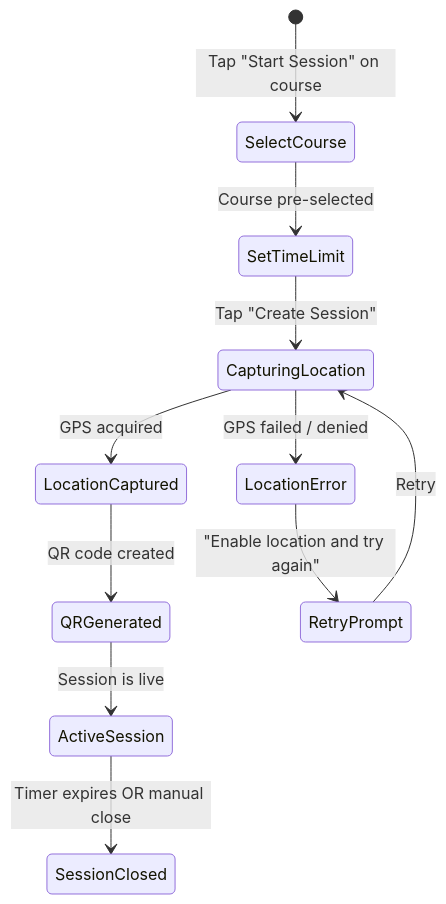
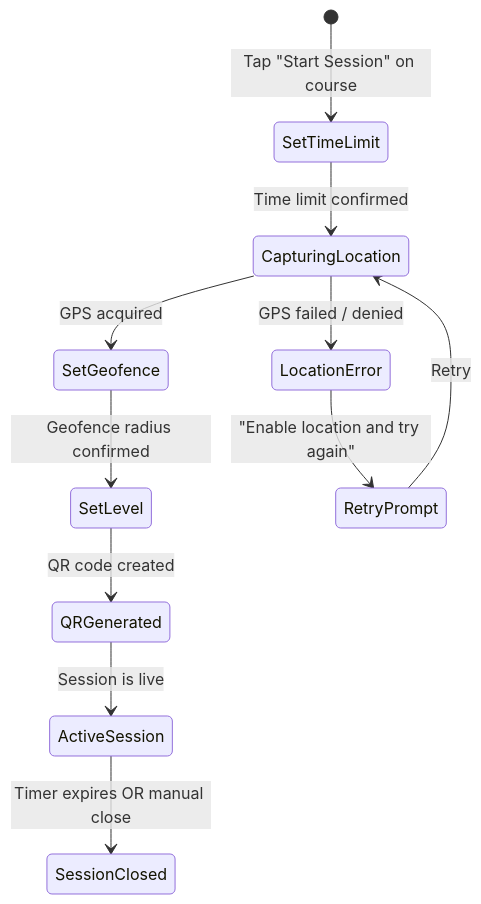
One commit to abdulbasit-io/Attendly changed the second of 3 diagrams in docs/product_specification.md. Above: the diagram before and after it, drawn with Mermaid. The commit also changed other lines of this file and 5 other files, not shown here.

Commit message:
docs: update product specification with new enrollment, attendance flow, and session creation wizard details

````diff
--- a/docs/product_specification.md
+++ b/docs/product_specification.md
@@ -110,13 +113,13 @@
 ```mermaid
 stateDiagram-v2
-    [*] --> SelectCourse: Tap "Start Session" on course
-    SelectCourse --> SetTimeLimit: Course pre-selected
-    SetTimeLimit --> CapturingLocation: Tap "Create Session"
-    CapturingLocation --> LocationCaptured: GPS acquired
+    [*] --> SetTimeLimit: Tap "Start Session" on course
+    SetTimeLimit --> CapturingLocation: Time limit confirmed
+    CapturingLocation --> SetGeofence: GPS acquired
     CapturingLocation --> LocationError: GPS failed / denied
-    LocationCaptured --> QRGenerated: QR code created
+    SetGeofence --> SetLevel: Geofence radius confirmed
+    SetLevel --> QRGenerated: QR code created
     QRGenerated --> ActiveSession: Session is live
     LocationError --> RetryPrompt: "Enable location and try again"
     RetryPrompt --> CapturingLocation: Retry
     ActiveSession --> SessionClosed: Timer expires OR manual close
 ```
````
